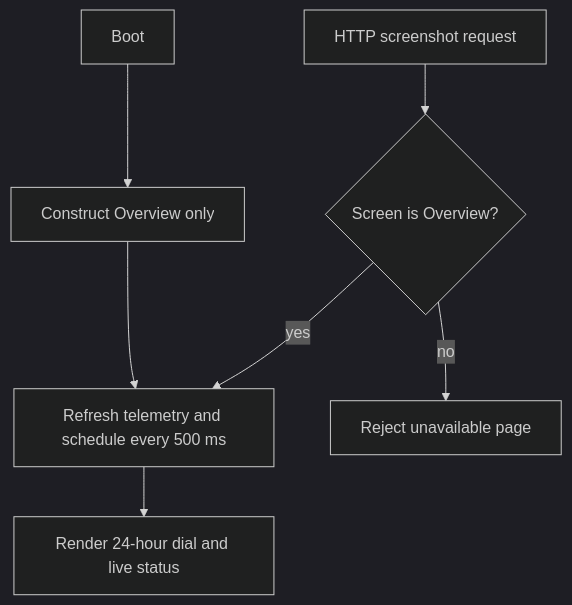
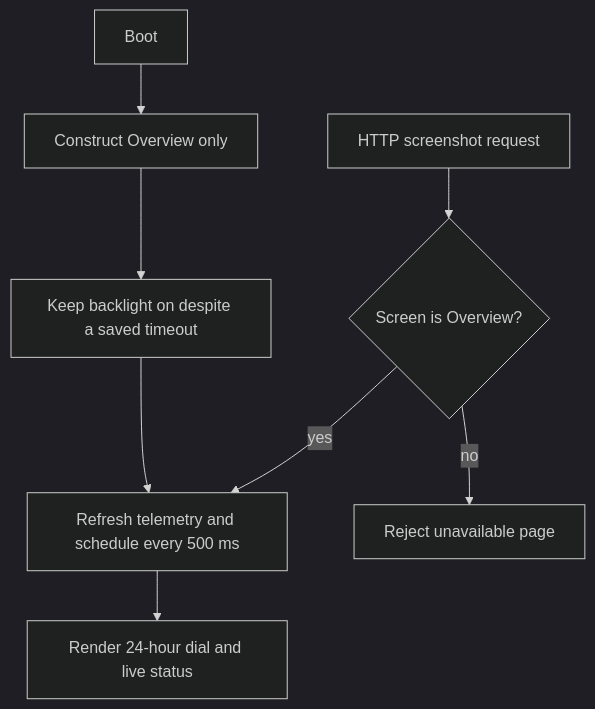
The diagram in docs/diagrams/navigation-flow.md (shaposhnikoff/ESP32_S3_INTEGRATED_DISPLAY_DEYE_6), drawn with Mermaid (dark theme) before and after one commit. The commit also changed 6 other files, not shown here.

Commit message:
fix: keep overview backlight on continuously (#3)

````diff
--- a/docs/diagrams/navigation-flow.md
+++ b/docs/diagrams/navigation-flow.md
@@ -3,9 +3,10 @@
 ```mermaid
 flowchart TD
     Boot["Boot"] --> Create["Construct Overview only"]
-    Create --> Refresh["Refresh telemetry and schedule every 500 ms"]
+    Create --> Backlight["Keep backlight on despite a saved timeout"]
+    Backlight --> Refresh["Refresh telemetry and schedule every 500 ms"]
     Refresh --> Show["Render 24-hour dial and live status"]
     Capture["HTTP screenshot request"] --> Select{"Screen is Overview?"}
     Select -->|yes| Refresh
     Select -->|no| Reject["Reject unavailable page"]
 ```
````
